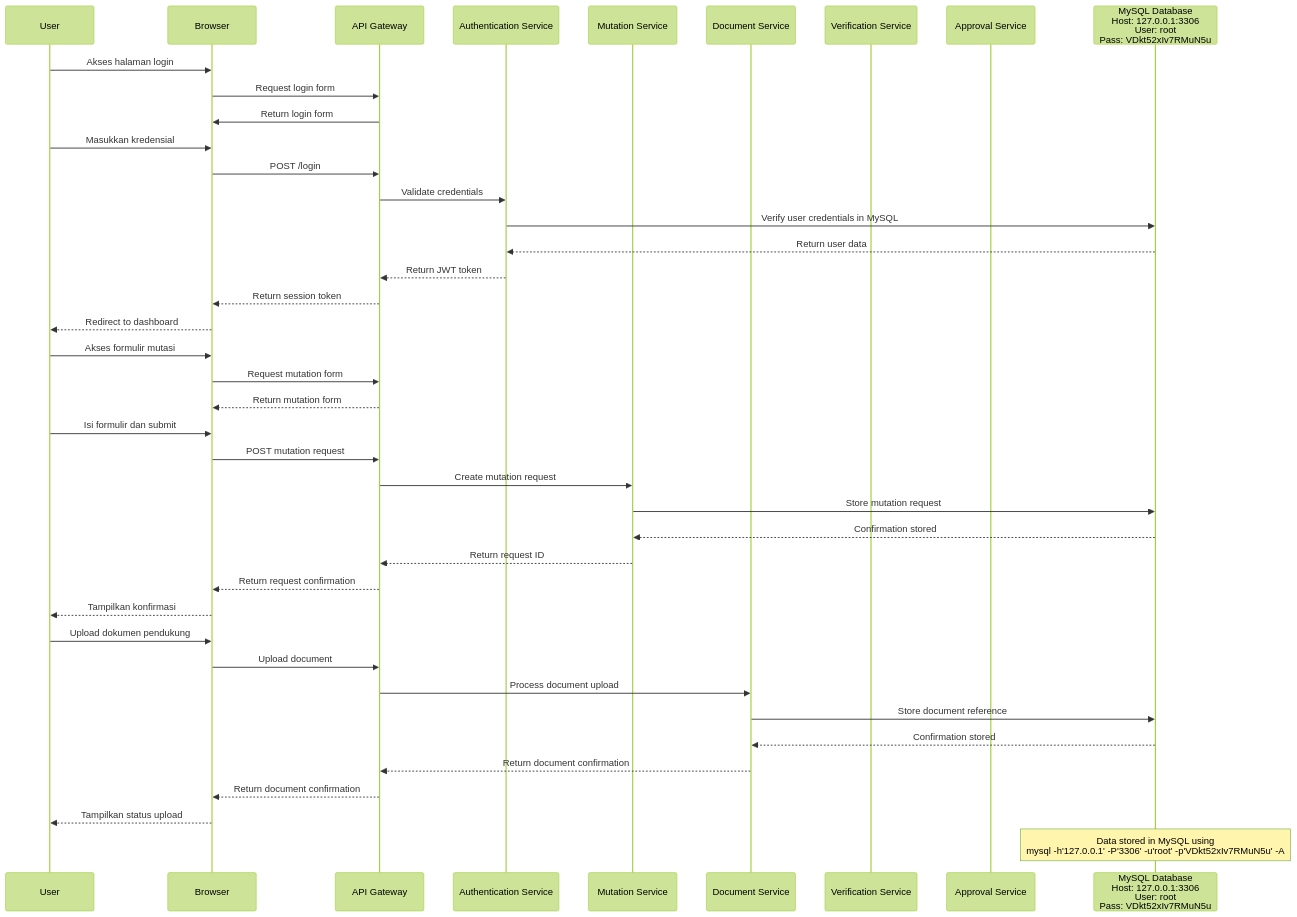
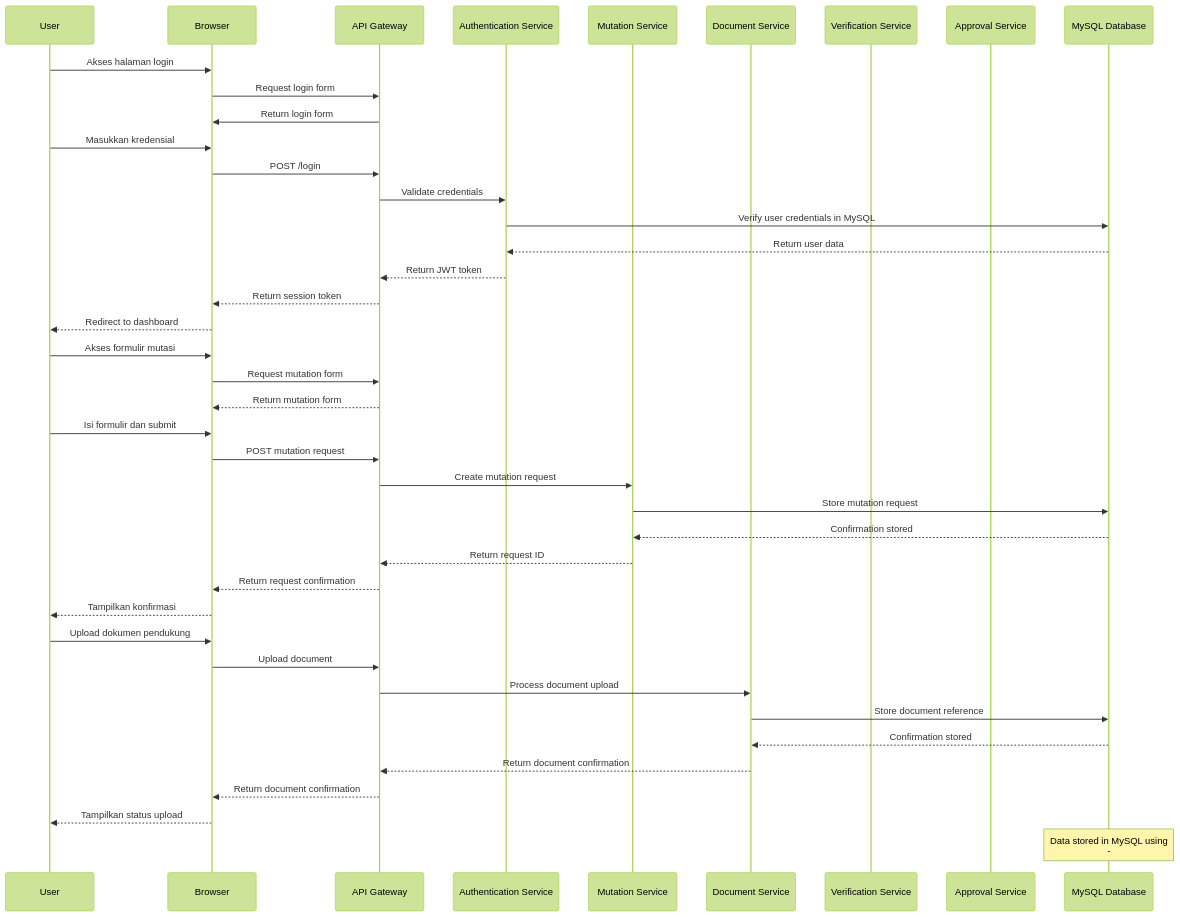
The tenth of 11 diagrams in simutasi/simutasi_Software_Design_Description_(SDD).md (alibungker/superapp), drawn with Mermaid (forest theme) before and after one commit. The commit also changed other lines of this file, not shown here.

First line of the commit message:
Remove sensitive database connection information

````diff
--- a/simutasi/simutasi_Software_Design_Description_(SDD).md
+++ b/simutasi/simutasi_Software_Design_Description_(SDD).md
@@ -618,44 +618,44 @@
 ```mermaid
 sequenceDiagram
     participant U as User
     participant B as Browser
     participant A as API Gateway
     participant S as Authentication Service
     participant M as Mutation Service
     participant D as Document Service
     participant V as Verification Service
     participant App as Approval Service
-    participant DB as MySQL Database<br/>Host: 127.0.0.1:3306<br/>User: root<br/>Pass: VDkt52xIv7RMuN5u
+    participant DB as MySQL Database
     
     U->>B: Akses halaman login
     B->>A: Request login form
     A->>B: Return login form
     U->>B: Masukkan kredensial
     B->>A: POST /login
     A->>S: Validate credentials
     S->>DB: Verify user credentials in MySQL
     DB-->>S: Return user data
     S-->>A: Return JWT token
     A-->>B: Return session token
     B-->>U: Redirect to dashboard
     U->>B: Akses formulir mutasi
     B->>A: Request mutation form
     A-->>B: Return mutation form
     U->>B: Isi formulir dan submit
     B->>A: POST mutation request
     A->>M: Create mutation request
     M->>DB: Store mutation request
     DB-->>M: Confirmation stored
     M-->>A: Return request ID
     A-->>B: Return request confirmation
     B-->>U: Tampilkan konfirmasi
     U->>B: Upload dokumen pendukung
     B->>A: Upload document
     A->>D: Process document upload
     D->>DB: Store document reference
     DB-->>D: Confirmation stored
     D-->>A: Return document confirmation
     A-->>B: Return document confirmation
     B-->>U: Tampilkan status upload
-    Note over DB: Data stored in MySQL using<br/>mysql -h'127.0.0.1' -P'3306' -u'root' -p'VDkt52xIv7RMuN5u' -A
+    Note over DB: Data stored in MySQL using<br/>-
 ```
````
